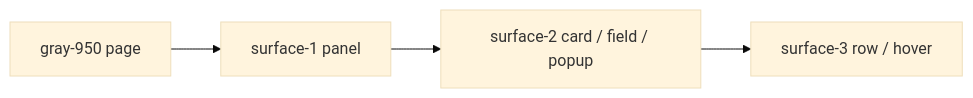
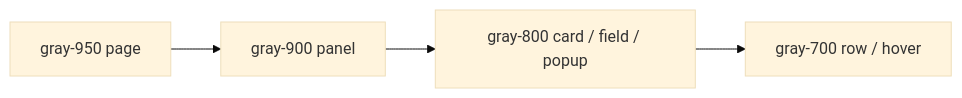
One commit to swayam25/Square-Bot changed the first of 4 diagrams in DESIGN.md. Above: the diagram before and after it, drawn with Mermaid (base theme). The commit also changed other lines of this file and 53 other files, not shown here.

````diff
--- a/DESIGN.md
+++ b/DESIGN.md
@@ -27,6 +27,6 @@
 ```mermaid
 flowchart LR
-    page[gray-950 page] --> s1[surface-1 panel]
-    s1 --> s2[surface-2 card / field / popup]
-    s2 --> s3[surface-3 row / hover]
+    page[gray-950 page] --> s1[gray-900 panel]
+    s1 --> s2[gray-800 card / field / popup]
+    s2 --> s3[gray-700 row / hover]
 ```
````
